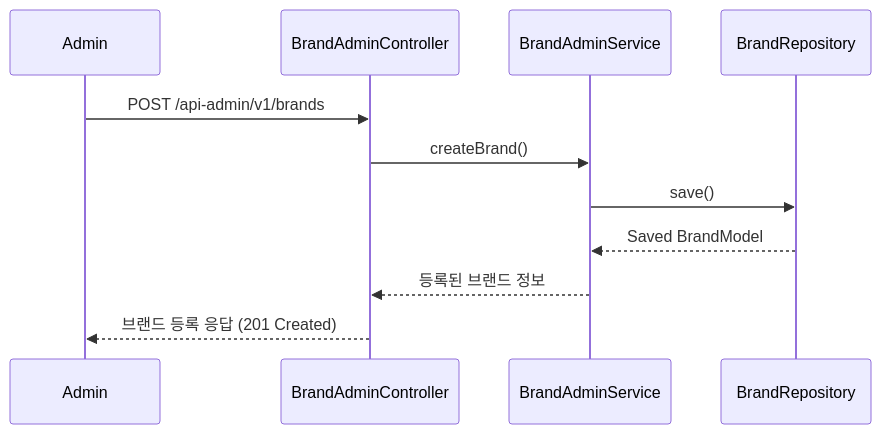
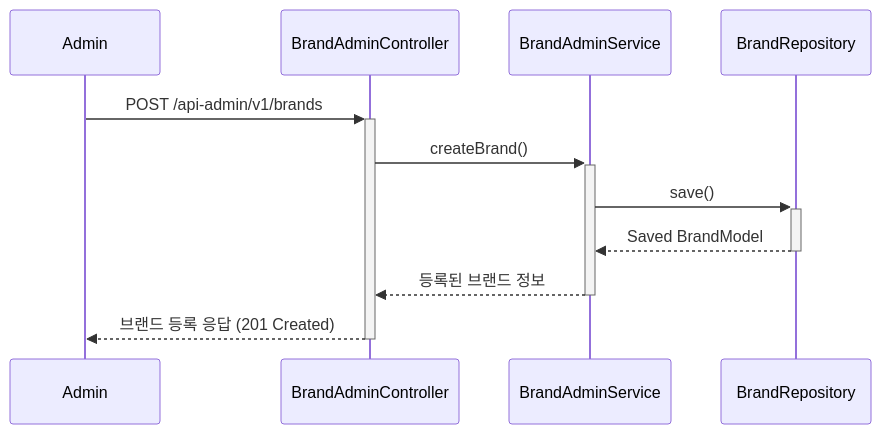
Before and after one commit to Loopers-dev-lab/loop-pack-be-l2-vol3-kotlin: the sixth of 21 diagrams in .docs/design/02-sequence-diagrams.md, drawn with Mermaid. The commit also changed other lines of this file, not shown here.

Commit message:
docs: 시퀀스 다이어그램 activation bar 추가

````diff
--- a/.docs/design/02-sequence-diagrams.md
+++ b/.docs/design/02-sequence-diagrams.md
@@ -154,14 +154,14 @@
 ```mermaid
 sequenceDiagram
     participant Admin
     participant BrandAdminController
     participant BrandAdminService
     participant BrandRepository
 
-    Admin ->> BrandAdminController: POST /api-admin/v1/brands
-    BrandAdminController ->> BrandAdminService: createBrand()
-    BrandAdminService ->> BrandRepository: save()
-    BrandRepository -->> BrandAdminService: Saved BrandModel
-    BrandAdminService -->> BrandAdminController: 등록된 브랜드 정보
-    BrandAdminController -->> Admin: 브랜드 등록 응답 (201 Created)
+    Admin ->>+ BrandAdminController: POST /api-admin/v1/brands
+    BrandAdminController ->>+ BrandAdminService: createBrand()
+    BrandAdminService ->>+ BrandRepository: save()
+    BrandRepository -->>- BrandAdminService: Saved BrandModel
+    BrandAdminService -->>- BrandAdminController: 등록된 브랜드 정보
+    BrandAdminController -->>- Admin: 브랜드 등록 응답 (201 Created)
 ```
````
